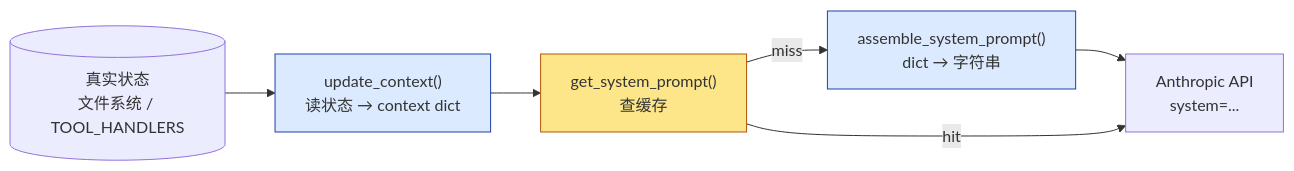
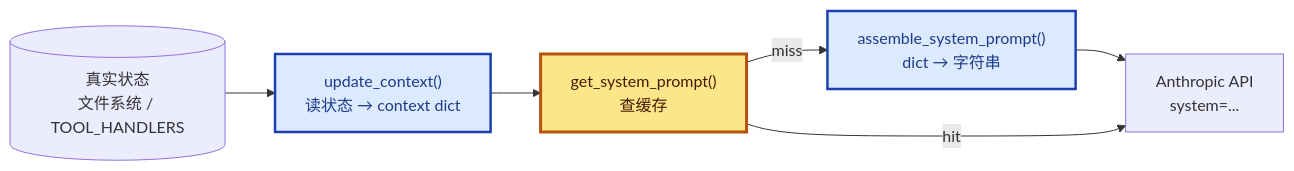
One commit to PyrePuin/From-Zero-LLM-Agent-Infra-Notes changed the diagram in Agent/Harness/Claude Code/Phase 3 - 记忆与恢复/10 - System Prompt.md. Above: the diagram before and after it, drawn with Mermaid. The commit also changed 23 other files, not shown here.

First line of the commit message:
refactor(mermaid): 统一所有图的视觉规范

````diff
--- a/Agent/Harness/Claude Code/Phase 3 - 记忆与恢复/10 - System Prompt.md
+++ b/Agent/Harness/Claude Code/Phase 3 - 记忆与恢复/10 - System Prompt.md
@@ -64,16 +64,17 @@
 ```mermaid
+%%{init: {'themeVariables': {'fontSize': '16px', 'fontFamily': 'ui-sans-serif, system-ui, -apple-system, "Segoe UI", Roboto, sans-serif'}}}%%
 flowchart LR
     State[("真实状态<br/>文件系统 / TOOL_HANDLERS")]
     Ctx["update_context()<br/>读状态 → context dict"]
     Cache["get_system_prompt()<br/>查缓存"]
     Asm["assemble_system_prompt()<br/>dict → 字符串"]
     API["Anthropic API<br/>system=..."]
 
     State --> Ctx --> Cache
     Cache -->|miss| Asm --> API
     Cache -->|hit| API
 
-    style Ctx fill:#dbeafe,stroke:#1e40af
-    style Cache fill:#fde68a,stroke:#b45309
-    style Asm fill:#dbeafe,stroke:#1e40af
+    style Ctx fill:#dbeafe,stroke:#1e40af,stroke-width:2.5px,color:#1e3a8a
+    style Cache fill:#fde68a,stroke:#b45309,stroke-width:3px,color:#451a03
+    style Asm fill:#dbeafe,stroke:#1e40af,stroke-width:2.5px,color:#1e3a8a
 ```
````
